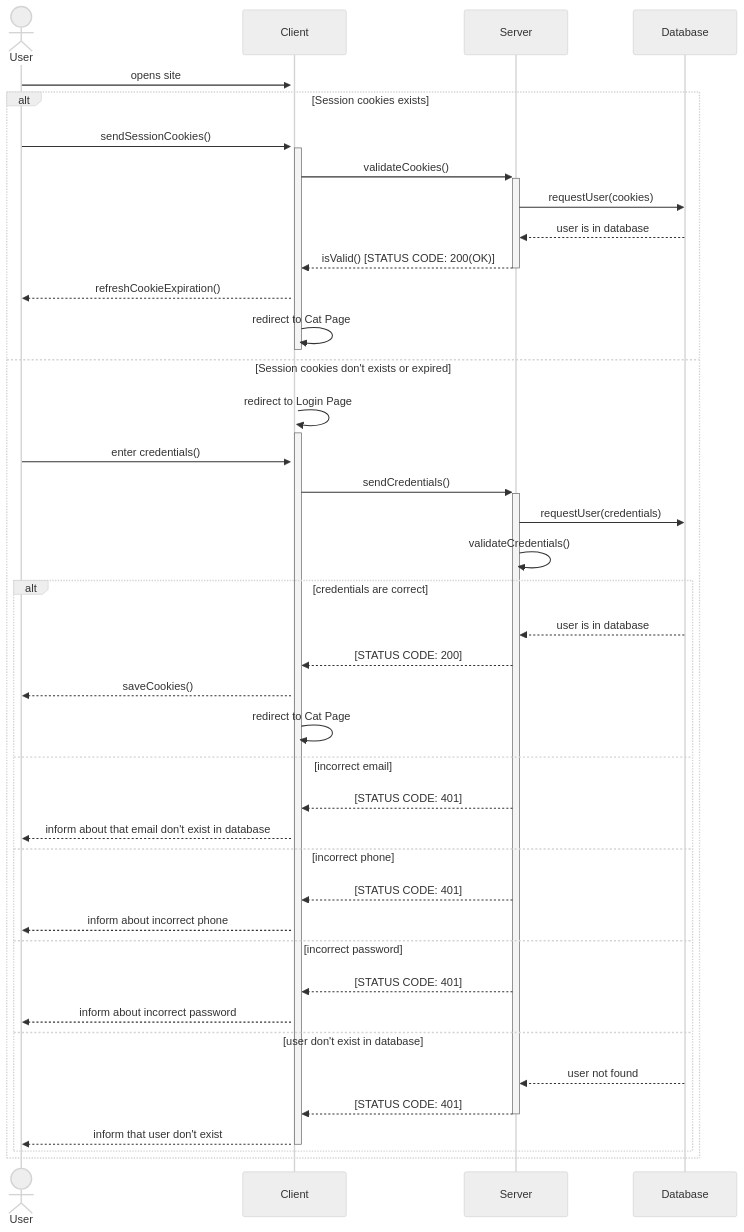
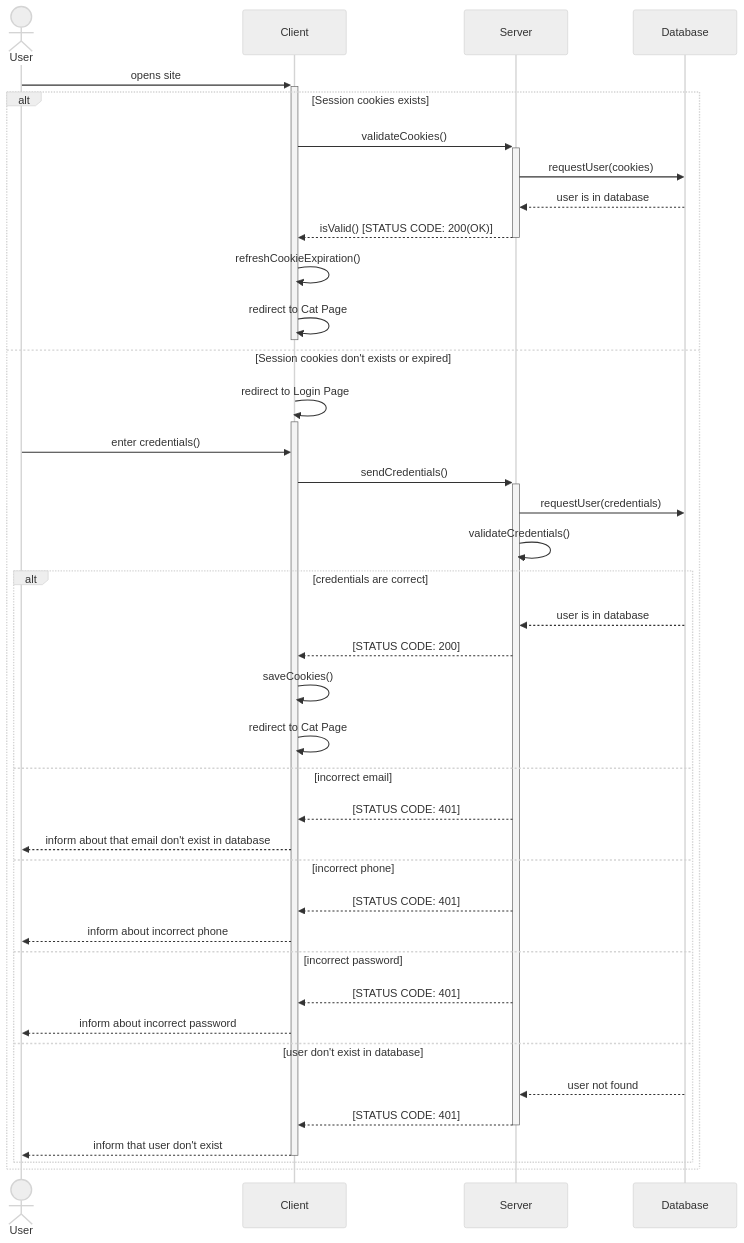
One commit to ArtDash/belousov_rmr_hw_server changed the diagram in SequenceUML_rmr.md. Above: the diagram before and after it, drawn with Mermaid (neutral theme).

Commit message:
Update SequenceUML_rmr.md
Changed cookies sequence

````diff
--- a/SequenceUML_rmr.md
+++ b/SequenceUML_rmr.md
@@ -1,48 +1,46 @@
 ```mermaid
 sequenceDiagram
     actor User;
     participant Client;
     participant Server;
     participant Database;
 
     User->>+Client: opens site;
 
     alt Session cookies exists
-        User->>+Client: sendSessionCookies();
-
         Client->>+Server: validateCookies();
         Server->>Database: requestUser(cookies);
         Database-->>Server: user is in database;
         Server-->>-Client: isValid() [STATUS CODE: 200(OK)];
-        Client-->>User: refreshCookieExpiration();
+        Client->>Client: refreshCookieExpiration();
         Client->>-Client: redirect to Cat Page;
     else Session cookies don't exists or expired
         Client->>+Client: redirect to Login Page;
 
         User->>Client: enter credentials();
         Client->>+Server: sendCredentials();
         Server->>Database: requestUser(credentials);
         Server->>Server: validateCredentials();
 
 
         alt credentials are correct
             Database-->>Server: user is in database;
             Server-->>Client: [STATUS CODE: 200];
-            Client-->>User: saveCookies();
+            Client->>Client: saveCookies();
             Client->>Client: redirect to Cat Page
         else incorrect email
             Server-->>Client: [STATUS CODE: 401];
             Client-->>User: inform about that email don't exist in database;
         else incorrect phone
             Server-->>Client: [STATUS CODE: 401];
             Client-->>User: inform about incorrect phone;
         else incorrect password
             Server-->>Client: [STATUS CODE: 401];
             Client-->>User: inform about incorrect password;
         else user don't exist in database
             Database-->>Server: user not found;
             Server-->>-Client: [STATUS CODE: 401];
             Client-->>-User: inform that user don't exist;
         end
     end
 ```
````
